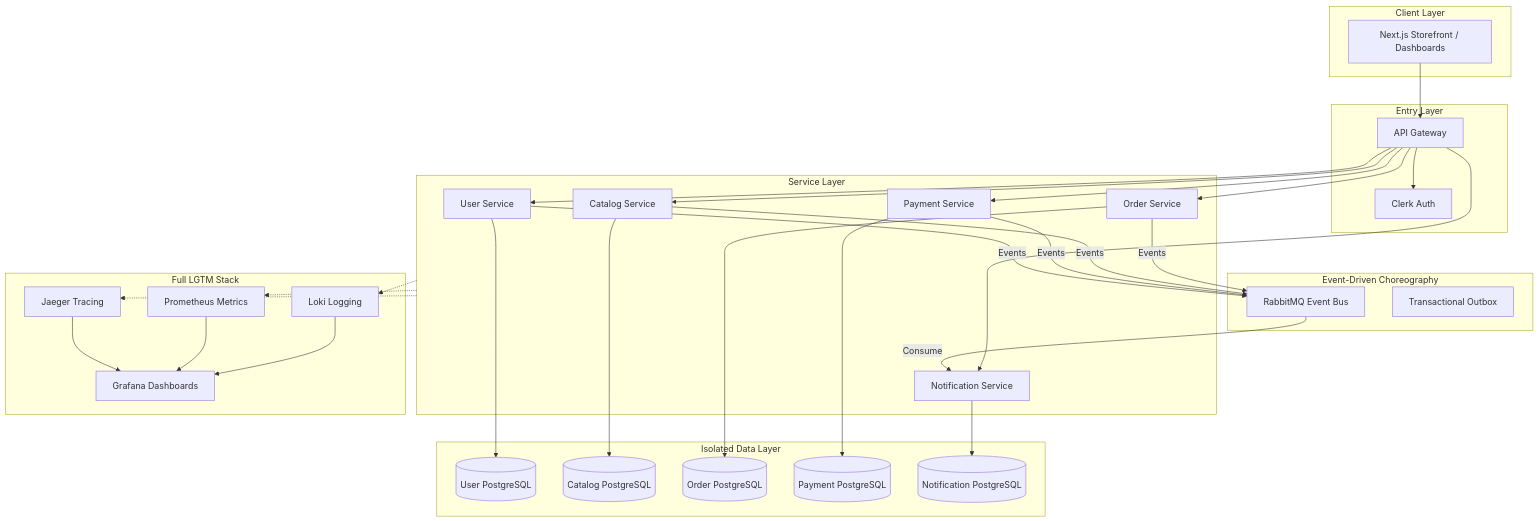
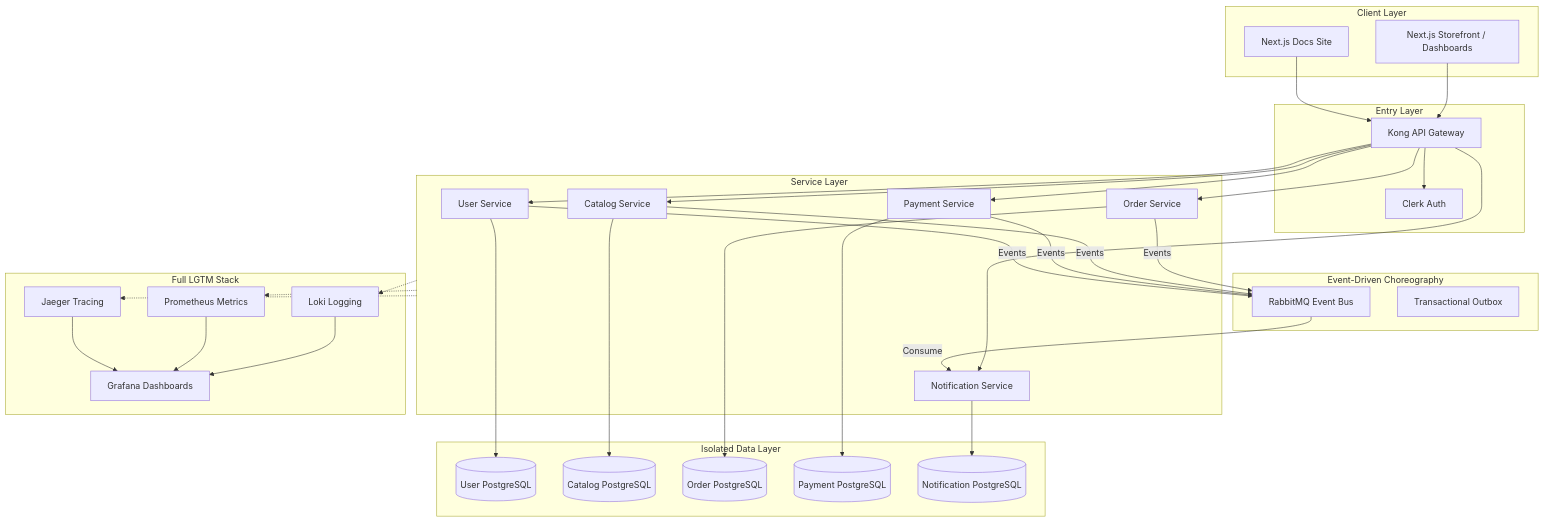
One commit to AmitxParmar/modular-mart-microservices changed the first of 2 diagrams in README.md. Above: the diagram before and after it, drawn with Mermaid. The commit also changed other lines of this file and 15 other files, not shown here.

````diff
--- a/README.md
+++ b/README.md
@@ -19,64 +20,66 @@
 ```mermaid
 graph TB
     subgraph Client_Layer [Client Layer]
         Web[Next.js Storefront / Dashboards]
+        Docs[Next.js Docs Site]
     end
 
     subgraph Entry_Layer [Entry Layer]
-        Gateway[API Gateway]
+        Gateway[Kong API Gateway]
         Auth[Clerk Auth]
     end
 
     subgraph Logic_Layer [Service Layer]
         UserSvc[User Service]
         CatalogSvc[Catalog Service]
         OrderSvc[Order Service]
         PaymentSvc[Payment Service]
         NotifSvc[Notification Service]
     end
 
     subgraph Data_Layer [Isolated Data Layer]
         UserDB[(User PostgreSQL)]
         CatalogDB[(Catalog PostgreSQL)]
         OrderDB[(Order PostgreSQL)]
         PaymentDB[(Payment PostgreSQL)]
         NotifDB[(Notification PostgreSQL)]
     end
 
     subgraph Messaging [Event-Driven Choreography]
         RMQ[RabbitMQ Event Bus]
         Outbox[Transactional Outbox]
     end
 
     subgraph Observability [Full LGTM Stack]
         Grafana[Grafana Dashboards]
         Loki[Loki Logging]
         Prom[Prometheus Metrics]
         Jaeger[Jaeger Tracing]
     end
 
     Web --> Gateway
+    Docs --> Gateway
     Gateway --> Auth
     Gateway --> UserSvc
     Gateway --> CatalogSvc
     Gateway --> OrderSvc
     Gateway --> PaymentSvc
     Gateway --> NotifSvc
 
     UserSvc --> UserDB
     CatalogSvc --> CatalogDB
     OrderSvc --> OrderDB
     PaymentSvc --> PaymentDB
     NotifSvc --> NotifDB
 
     OrderSvc -- Events --> RMQ
     CatalogSvc -- Events --> RMQ
     PaymentSvc -- Events --> RMQ
     UserSvc -- Events --> RMQ
     RMQ -- Consume --> NotifSvc
     
     Logic_Layer -.-> Loki
     Logic_Layer -.-> Prom
     Logic_Layer -.-> Jaeger
     Loki & Prom & Jaeger --> Grafana
 ```
````
